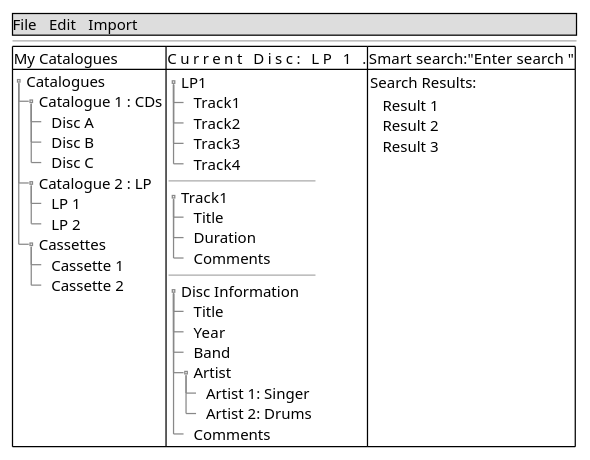
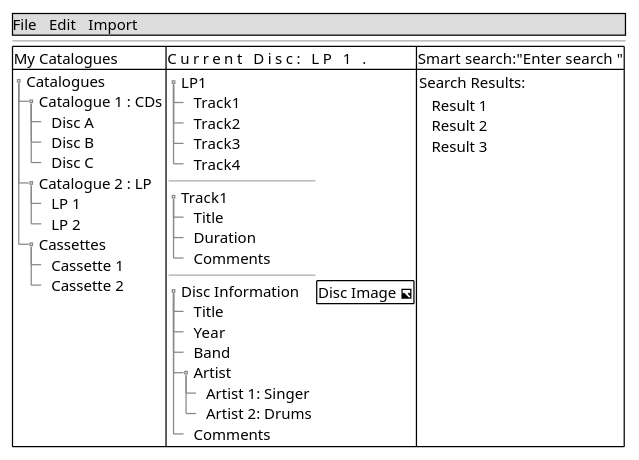
One commit to AxoKoi/BandurriaJ changed the diagram in doc/design/Gui/Gui.puml. Above: the diagram before and after it, drawn with PlantUML.

Commit message:
Add disc image to gui

```diff
--- a/doc/design/Gui/Gui.puml
+++ b/doc/design/Gui/Gui.puml
@@ -1,57 +1,58 @@
 @startuml
 salt
 {
     {* File | Edit | Import}
     --
     {#
     My Catalogues | Current Disc: LP 1                  .| Smart search:"Enter search  "
         {T
          + Catalogues
           ++ Catalogue 1 : CDs
            +++ Disc A
            +++ Disc B
            +++ Disc C
           ++ Catalogue 2 : LP
            +++ LP 1
            +++ LP 2
           ++ Cassettes
            +++ Cassette 1
            +++ Cassette 2
         } | {
               {T
                 + LP1
                 ++ Track1
                 ++ Track2
                 ++ Track3
                 ++ Track4
               }
              --
              {T
                +Track1
                 ++ Title
                 ++ Duration
                 ++ Comments
              }
              --
              {T
                +Disc Information
                 ++ Title
                 ++ Year
                 ++ Band
                 ++ Artist
                  +++ Artist 1: Singer
                  +++ Artist 2: Drums
                 ++ Comments
-             }
+             } | {# Disc Image <&image> }
+
 
            } | { Search Results:
               {T
                 + Result 1
                 + Result 2
                 + Result 3
               }
              }
     }
 
 }
 @enduml
```
